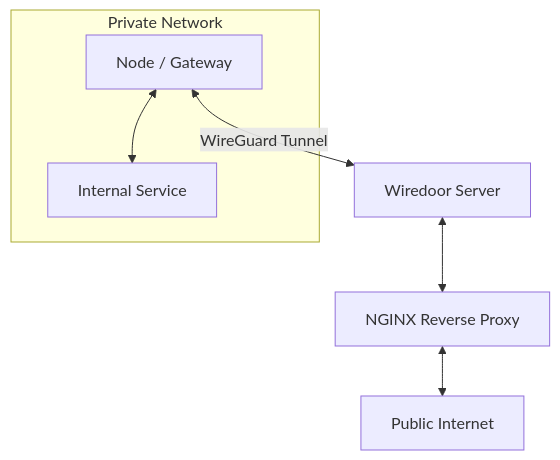
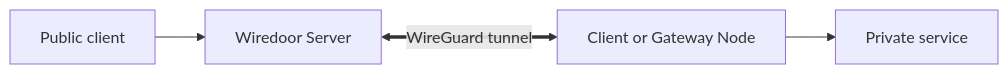
One commit to wiredoor/wiredoor changed the diagram in documentation/index.mdx. Above: the diagram before and after it, drawn with Mermaid. The commit also changed other lines of this file and 26 other files, not shown here.

Commit message:
Remove outdated troubleshooting and usage documentation; add new comprehensive guides on Wiredoor architecture, node types, service configuration, access control, and domain management.

````diff
--- a/documentation/index.mdx
+++ b/documentation/index.mdx
@@ -59,9 +41,11 @@
 ```mermaid
-graph TD
-    subgraph Private Network
-      A[Node / Gateway] <--> B[Internal Service]
-    end
-    A <-->|WireGuard Tunnel| W[Wiredoor Server]
-    W <--> N[NGINX Reverse Proxy]
-    N <--> I[Public Internet]
+flowchart LR
+  client[Public client]
+  server[Wiredoor Server]
+  node[Client or Gateway Node]
+  service[Private service]
+
+  client --> server
+  server <== WireGuard tunnel ==> node
+  node --> service
 ```
````
